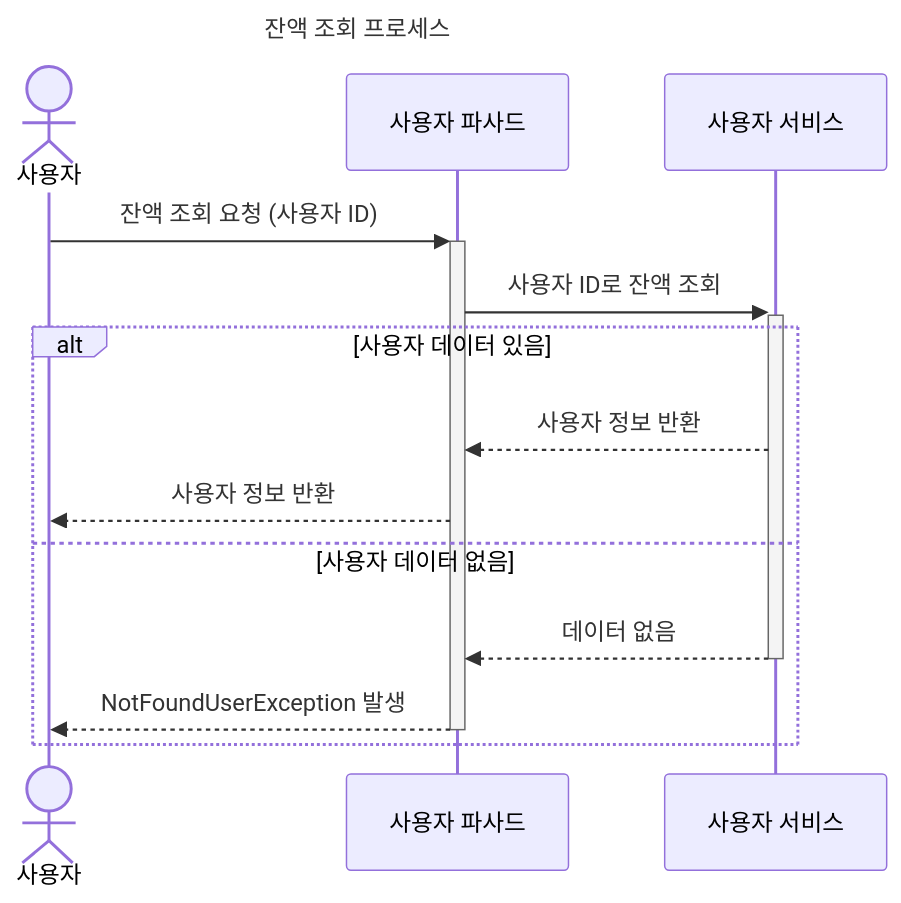
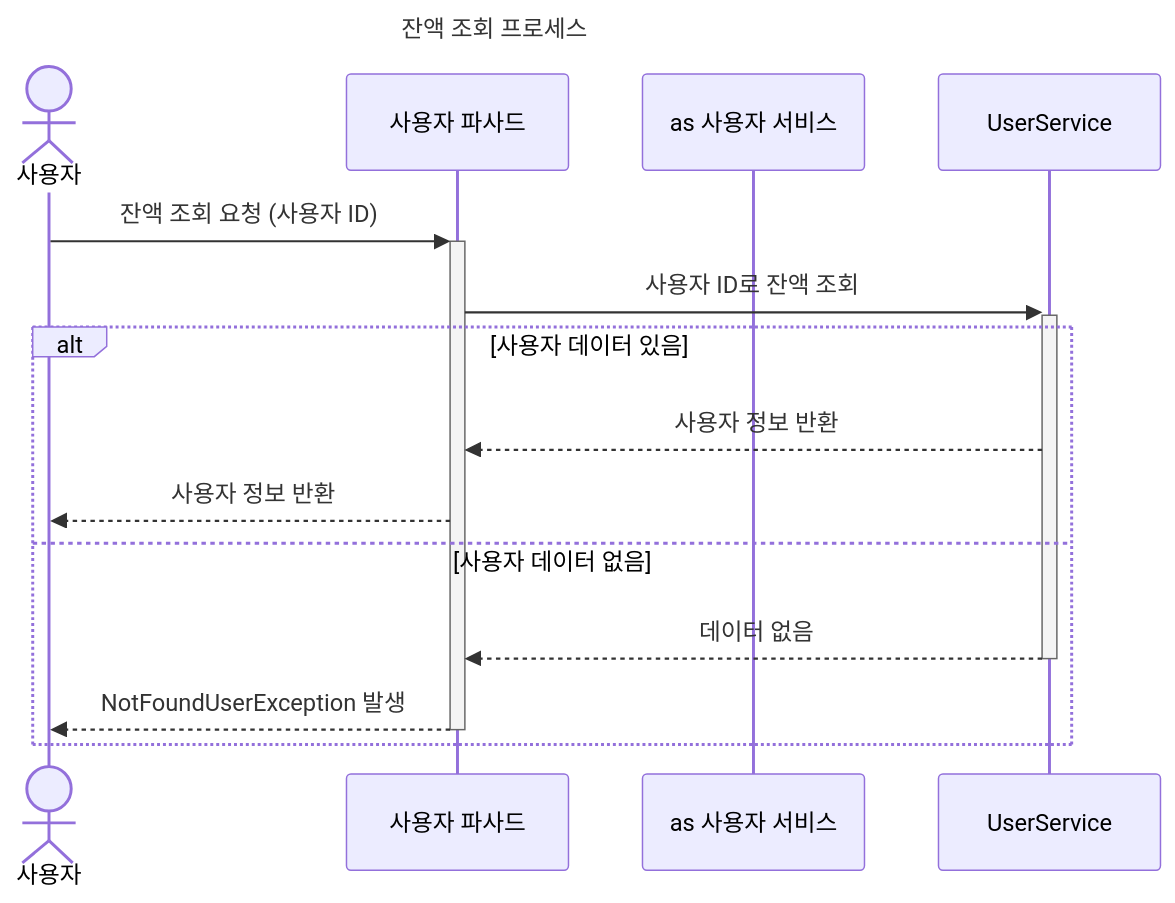
One commit to hwajinkim/concert-reserv-service changed the sixth of 8 diagrams in docs/sequence-diagram/sequenceDiagram.md. Above: the diagram before and after it, drawn with Mermaid. The commit also changed 1 other file, not shown here.

Commit message:
Docs: concurrency-controller 폴더 제거

````diff
--- a/docs/sequence-diagram/sequenceDiagram.md
+++ b/docs/sequence-diagram/sequenceDiagram.md
@@ -165,21 +165,21 @@
 ```mermaid
 ---
 config:
   theme: default
 ---
 sequenceDiagram
     title 잔액 조회 프로세스
     actor 사용자 as 사용자
     participant UserFacade as 사용자 파사드
-    participant UserService as 사용자 서비스
+    participant  as 사용자 서비스
 
     사용자->>+UserFacade: 잔액 조회 요청 (사용자 ID)
     UserFacade->>+UserService: 사용자 ID로 잔액 조회
     alt 사용자 데이터 있음
         UserService-->>UserFacade: 사용자 정보 반환
         UserFacade-->>사용자: 사용자 정보 반환
     else 사용자 데이터 없음
         UserService-->>-UserFacade: 데이터 없음
         UserFacade-->>-사용자: NotFoundUserException 발생
     end
 ```
````
